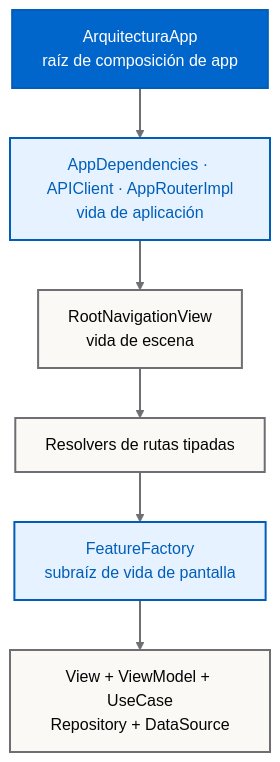
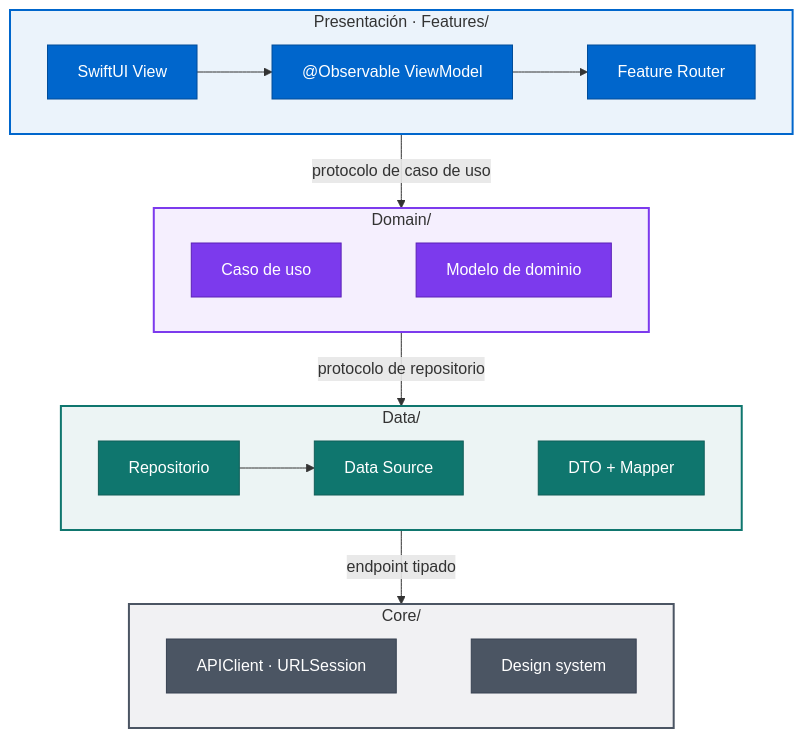
One commit to magnoscg/ios-architecture-reference changed the first of 3 diagrams in README.es.md. Above: the diagram before and after it, drawn with Mermaid. The commit also changed other lines of this file and 5 other files, not shown here.

First line of the commit message:
docs: redesign README as a visual architecture overview

````diff
--- a/README.es.md
+++ b/README.es.md
@@ -44,16 +86,35 @@
 ```mermaid
 flowchart TB
-    App["ArquitecturaApp<br/>raíz de composición de app"] --> Lifetime["AppDependencies · APIClient · AppRouterImpl<br/>vida de aplicación"]
-    Lifetime --> Root["RootNavigationView<br/>vida de escena"]
-    Root --> Resolver["Resolvers de rutas tipadas"]
-    Resolver --> Factory["FeatureFactory<br/>subraíz de vida de pantalla"]
-    Factory --> Graph["View + ViewModel + UseCase<br/>Repository + DataSource"]
+    subgraph PRESENTATION["Presentación · Features/"]
+        direction LR
+        View["SwiftUI View"] --> ViewModel["@Observable ViewModel"] --> Router["Feature Router"]
+    end
+    subgraph DOMAIN["Domain/"]
+        direction LR
+        UseCase["Caso de uso"] ~~~ Model["Modelo de dominio"]
+    end
+    subgraph DATA["Data/"]
+        direction LR
+        Repository["Repositorio"] --> DataSource["Data Source"] ~~~ DTO["DTO + Mapper"]
+    end
+    subgraph CORE["Core/"]
+        direction LR
+        APIClient["APIClient · URLSession"] ~~~ DesignSystem["Design system"]
+    end
+    PRESENTATION -- "protocolo de caso de uso" --> DOMAIN
+    DOMAIN -- "protocolo de repositorio" --> DATA
+    DATA -- "endpoint tipado" --> CORE
 
-    classDef primary fill:#0066CC,color:#FFFFFF,stroke:#005EB8,stroke-width:2px;
-    classDef secondary fill:#E6F2FF,color:#005EB8,stroke:#005EB8,stroke-width:2px;
-    classDef neutral fill:#FAF9F6,color:#050505,stroke:#6E6E73,stroke-width:2px;
-    class App primary;
-    class Lifetime,Factory secondary;
-    class Root,Resolver,Graph neutral;
-    linkStyle default stroke:#6E6E73,stroke-width:2px;
+    classDef presentation fill:#0066CC,stroke:#004C99,color:#FFFFFF
+    classDef domain fill:#7C3AED,stroke:#5B21B6,color:#FFFFFF
+    classDef data fill:#0F766E,stroke:#115E59,color:#FFFFFF
+    classDef core fill:#4B5563,stroke:#374151,color:#FFFFFF
+    class View,ViewModel,Router presentation
+    class UseCase,Model domain
+    class Repository,DataSource,DTO data
+    class APIClient,DesignSystem core
+    style PRESENTATION fill:#0066CC14,stroke:#0066CC,stroke-width:2px
+    style DOMAIN fill:#7C3AED14,stroke:#7C3AED,stroke-width:2px
+    style DATA fill:#0F766E14,stroke:#0F766E,stroke-width:2px
+    style CORE fill:#4B556314,stroke:#4B5563,stroke-width:2px
 ```
````
